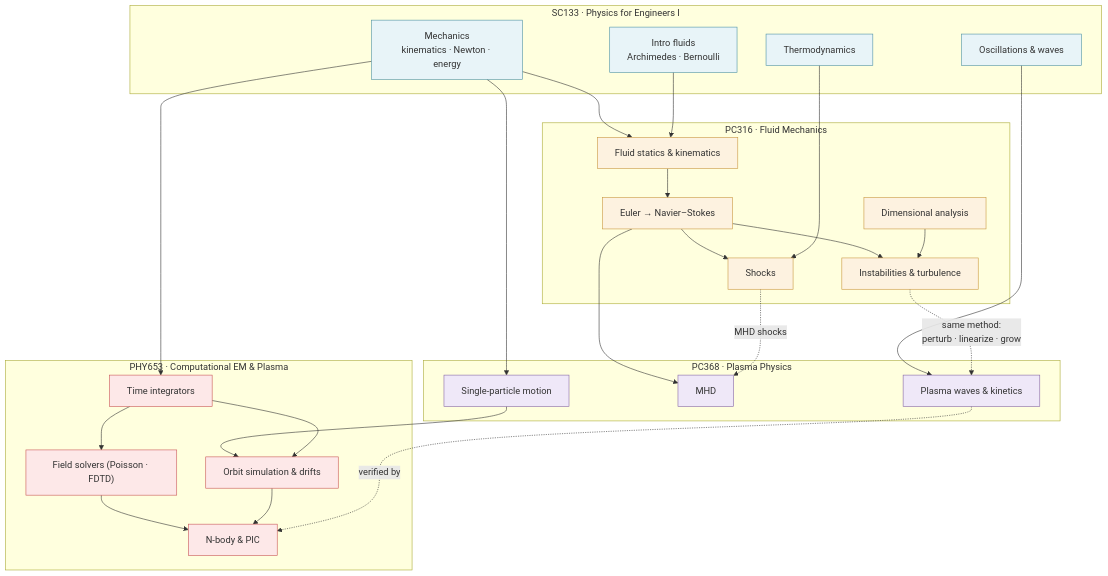
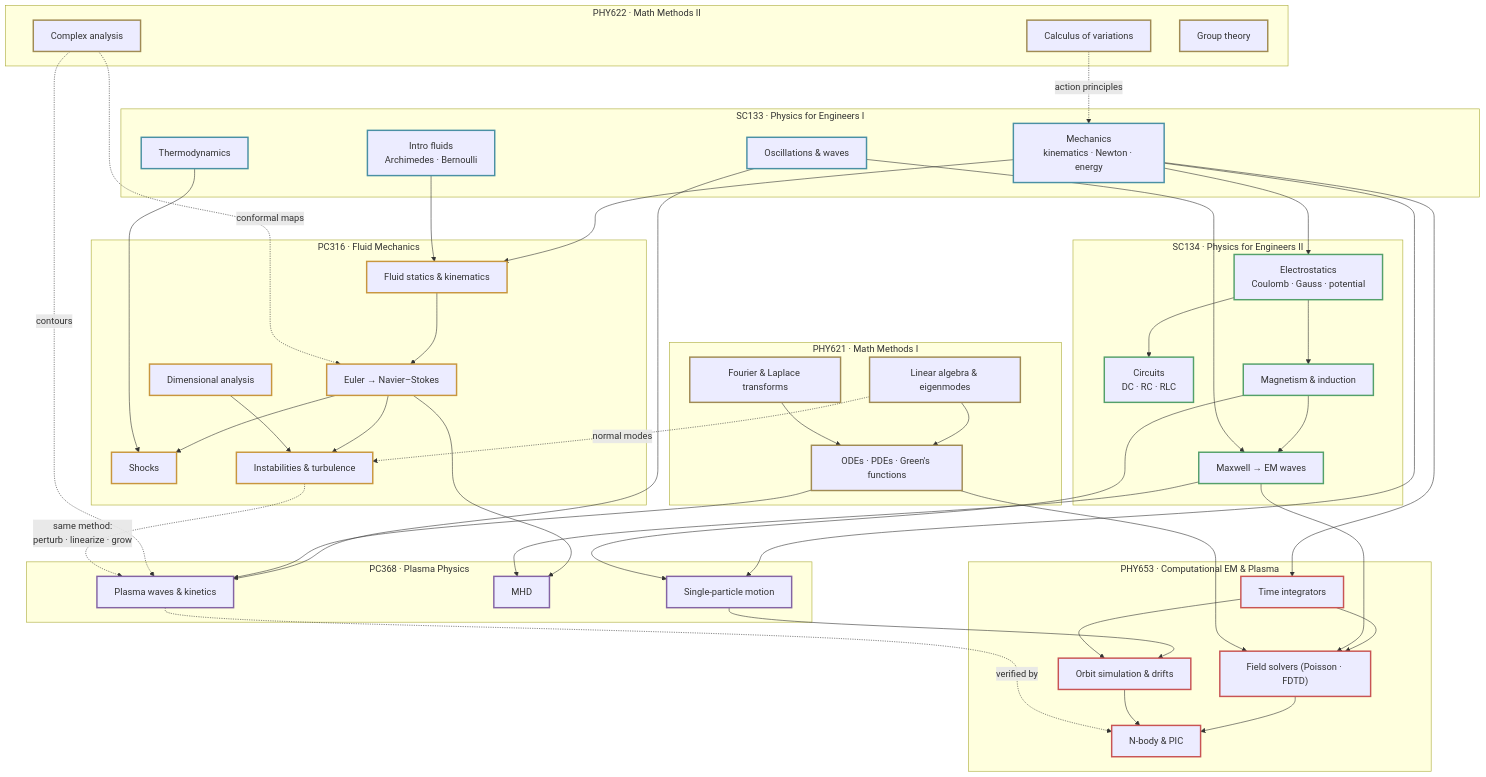
Before and after one commit to tpakorn/class-wiki: the diagram in docs/graph.md, drawn with Mermaid. The commit also changed other lines of this file and 156 other files, not shown here.

First line of the commit message:
Round 2: SC134 + PHY621 + PHY622, lecture timelines, 4 widgets, dark-mode graphs

````diff
--- a/docs/graph.md
+++ b/docs/graph.md
@@ -14,6 +17,13 @@
         FLU0["Intro fluids<br/>Archimedes · Bernoulli"]
         OSC["Oscillations & waves"]
         THERMO["Thermodynamics"]
+    end
+
+    subgraph SC134 ["SC134 · Physics for Engineers II"]
+        EFIELD["Electrostatics<br/>Coulomb · Gauss · potential"]
+        CIRC["Circuits<br/>DC · RC · RLC"]
+        MAG["Magnetism & induction"]
+        MAXW["Maxwell → EM waves"]
     end
 
     subgraph PC316 ["PC316 · Fluid Mechanics"]
@@ -28,6 +38,18 @@
         SPM["Single-particle motion"]
         MHD["MHD"]
         WAV["Plasma waves & kinetics"]
+    end
+
+    subgraph PHY621 ["PHY621 · Math Methods I"]
+        LINALG["Linear algebra & eigenmodes"]
+        TRANS["Fourier & Laplace transforms"]
+        DEQ["ODEs · PDEs · Green's functions"]
+    end
+
+    subgraph PHY622 ["PHY622 · Math Methods II"]
+        VARC["Calculus of variations"]
+        CPLX["Complex analysis"]
+        GRP["Group theory"]
     end
 
     subgraph PHY653 ["PHY653 · Computational EM & Plasma"]
@@ -45,26 +67,47 @@
     DIMA --> INST
     THERMO --> SHK
 
+    MECH --> EFIELD
+    EFIELD --> CIRC
+    EFIELD --> MAG
+    MAG --> MAXW
+    OSC --> MAXW
+
     MECH --> SPM
+    MAG --> SPM
     OSC --> WAV
     NS --> MHD
-    SHK -. "MHD shocks" .-> MHD
+    MAXW --> MHD
+
+    LINALG --> DEQ
+    TRANS --> DEQ
+    DEQ --> WAV
+    LINALG -. "normal modes" .-> INST
+    CPLX -. "contours" .-> WAV
+    CPLX -. "conformal maps" .-> NS
+    VARC -. "action principles" .-> MECH
 
     SPM --> ORBIT
     MECH --> INTEG
     INTEG --> ORBIT
     INTEG --> FIELDS
+    MAXW --> FIELDS
+    DEQ --> FIELDS
     FIELDS --> PIC
     ORBIT --> PIC
     WAV -. "verified by" .-> PIC
     INST -. "same method:<br/>perturb · linearize · grow" .-> WAV
 
-    classDef intro fill:#e8f4f8,stroke:#4a90a4
-    classDef fluid fill:#fdf2e0,stroke:#c8963e
-    classDef plasma fill:#efe8f8,stroke:#8464a4
-    classDef comp fill:#fde8e8,stroke:#c85454
+    classDef intro stroke:#4a90a4,stroke-width:2.5px
+    classDef em stroke:#54a06a,stroke-width:2.5px
+    classDef fluid stroke:#c8963e,stroke-width:2.5px
+    classDef plasma stroke:#8464a4,stroke-width:2.5px
+    classDef math stroke:#a08b54,stroke-width:2.5px
+    classDef comp stroke:#c85454,stroke-width:2.5px
     class MECH,FLU0,OSC,THERMO intro
+    class EFIELD,CIRC,MAG,MAXW em
     class STAT,NS,DIMA,SHK,INST fluid
     class SPM,MHD,WAV plasma
+    class LINALG,TRANS,DEQ,VARC,CPLX,GRP math
     class INTEG,ORBIT,FIELDS,PIC comp
 ```
````
